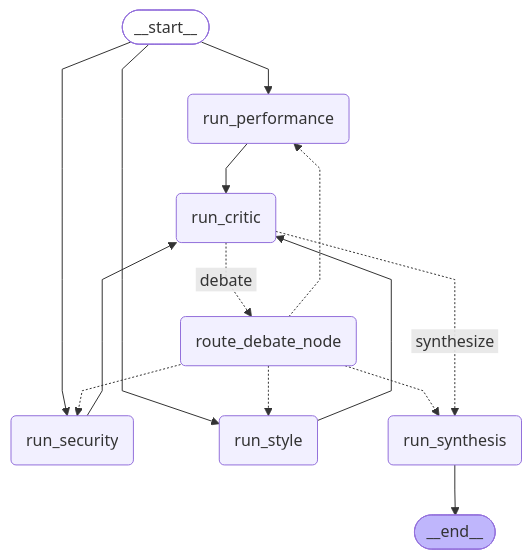
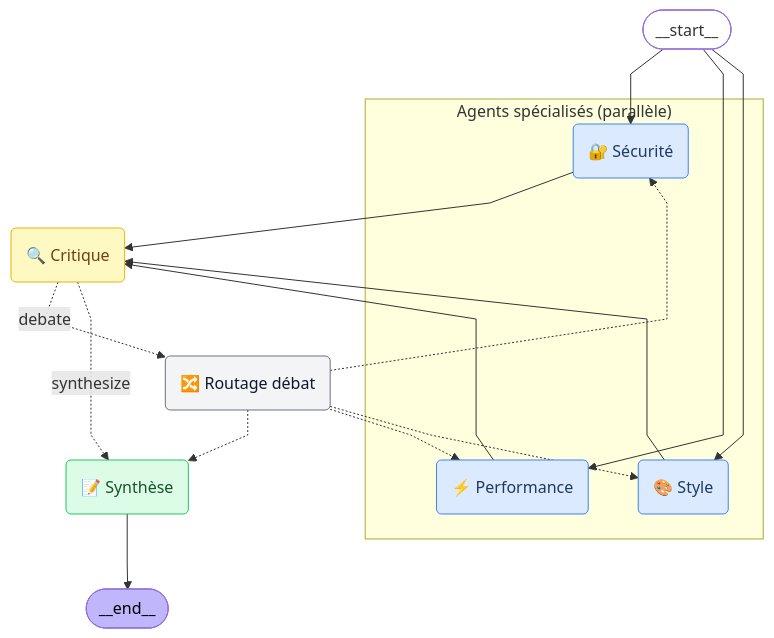
Before and after one commit to k-hamza/langgraph-multi-agent-code-review: the diagram in README.md, drawn with Mermaid.

Commit message:
fix(mermaid) color and visual

````diff
--- a/README.md
+++ b/README.md
@@ -24,32 +24,45 @@
 ```mermaid
 ---
 config:
   flowchart:
     curve: linear
 ---
 graph TD;
-	__start__([__start__]):::first
-	run_security(run_security)
-	run_performance(run_performance)
-	run_style(run_style)
-	run_critic(run_critic)
-	run_synthesis(run_synthesis)
-	route_debate_node(route_debate_node)
-	__end__([__end__]):::last
-	__start__ --> run_performance;
-	__start__ --> run_security;
-	__start__ --> run_style;
-	route_debate_node -.-> run_performance;
-	route_debate_node -.-> run_security;
-	route_debate_node -.-> run_style;
-	route_debate_node -.-> run_synthesis;
-	run_critic -. &nbsp;debate&nbsp; .-> route_debate_node;
-	run_critic -. &nbsp;synthesize&nbsp; .-> run_synthesis;
-	run_performance --> run_critic;
-	run_security --> run_critic;
-	run_style --> run_critic;
-	run_synthesis --> __end__;
-	classDef default fill:#f2f0ff,line-height:1.2
-	classDef first fill-opacity:0
-	classDef last fill:#bfb6fc
+    __start__([__start__]):::first
+
+    subgraph agents["Agents spécialisés (parallèle)"]
+        run_security(🔐 Sécurité):::specialist
+        run_performance(⚡ Performance):::specialist
+        run_style(🎨 Style):::specialist
+    end
+
+    run_critic(🔍 Critique):::critic
+    route_debate_node(🔀 Routage débat):::router
+    run_synthesis(📝 Synthèse):::synthesis
+    __end__([__end__]):::last
+
+    __start__ --> run_security
+    __start__ --> run_performance
+    __start__ --> run_style
+
+    run_security --> run_critic
+    run_performance --> run_critic
+    run_style --> run_critic
+
+    run_critic -. debate .-> route_debate_node
+    run_critic -. synthesize .-> run_synthesis
+
+    route_debate_node -.-> run_security
+    route_debate_node -.-> run_performance
+    route_debate_node -.-> run_style
+    route_debate_node -.-> run_synthesis
+
+    run_synthesis --> __end__
+
+    classDef first fill-opacity:0
+    classDef last fill:#bfb6fc,color:#000
+    classDef specialist fill:#dbeafe,stroke:#3b82f6,color:#1e3a5f
+    classDef critic fill:#fef9c3,stroke:#eab308,color:#713f12
+    classDef router fill:#f3f4f6,stroke:#6b7280,color:#111827
+    classDef synthesis fill:#dcfce7,stroke:#22c55e,color:#14532d
 ```
````
